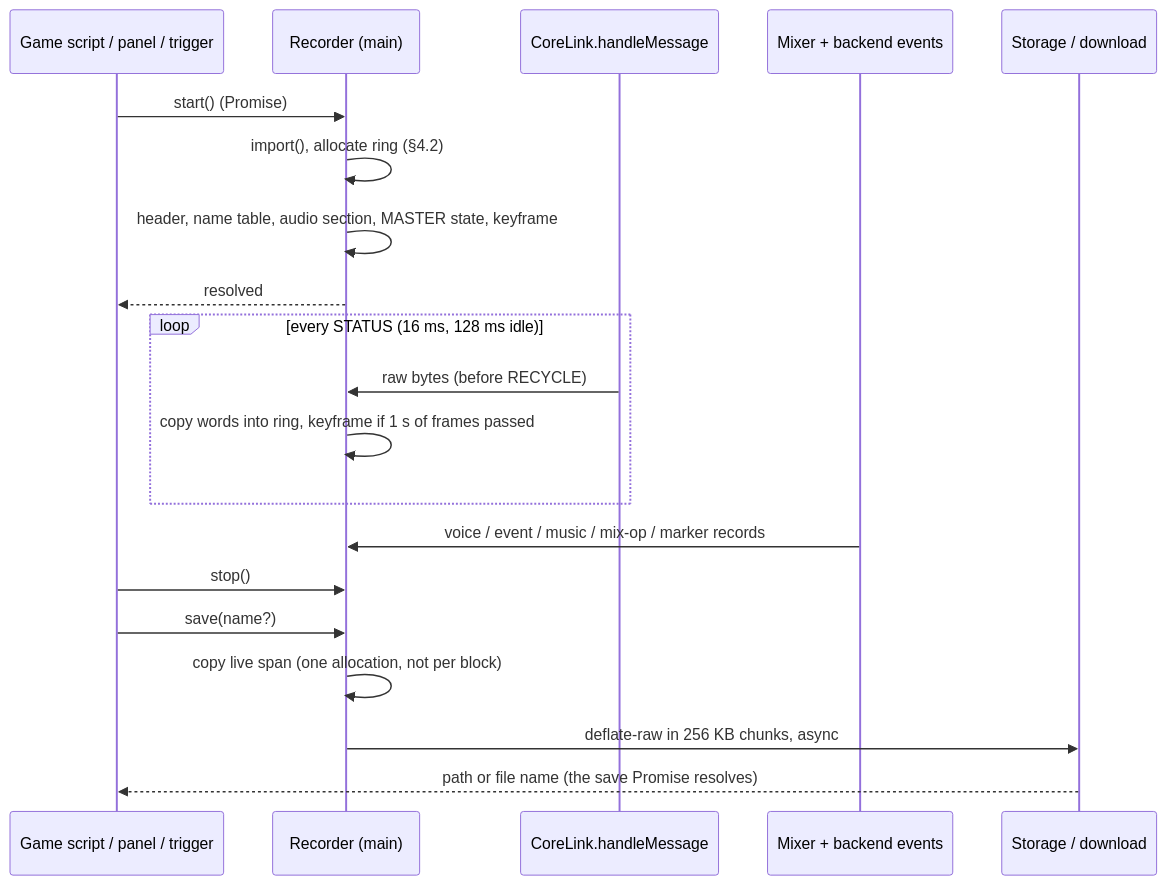
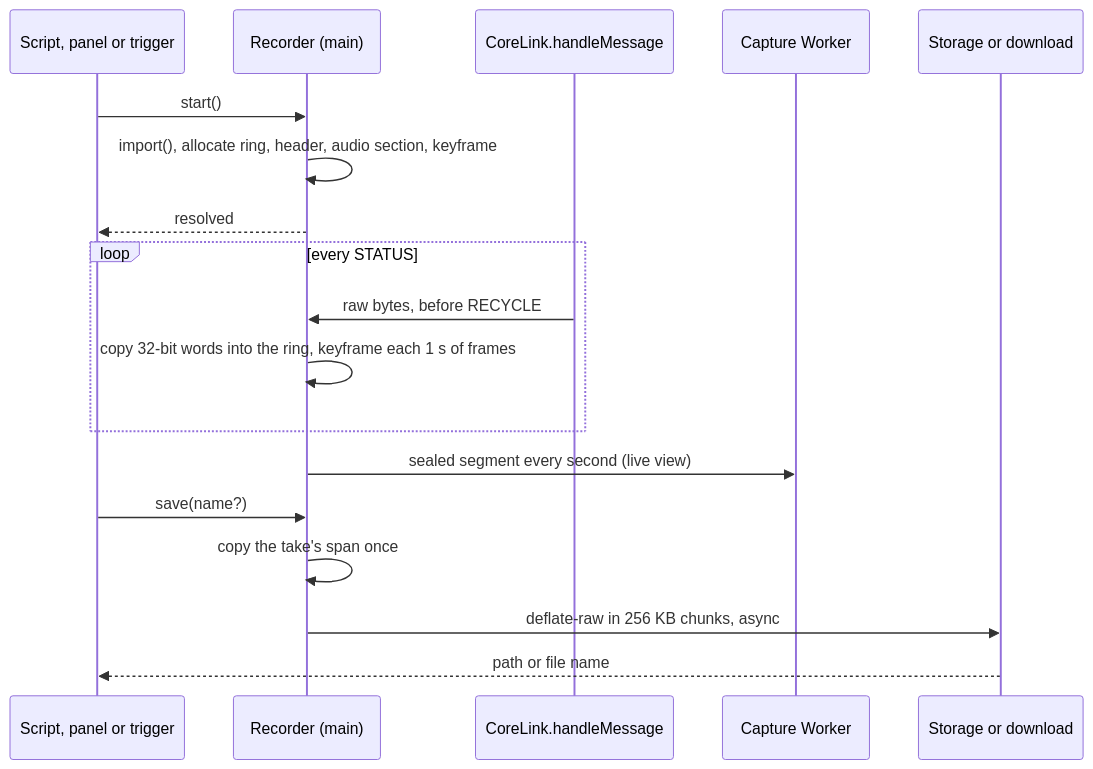
Before and after one commit to doughtnerd/TranquilityEngine: the fifth of 10 diagrams in docs/design/0171-audio-mix/architecture.md, drawn with Mermaid. The commit also changed other lines of this file and 1 other file, not shown here.

First line of the commit message:
M5 design: architecture and contracts revision 2 (rulings R1-R25, resolutions of the senior's review)

````diff
--- a/docs/design/0171-audio-mix/architecture.md
+++ b/docs/design/0171-audio-mix/architecture.md
@@ -147,22 +162,20 @@
 ```mermaid
 sequenceDiagram
-  participant G as Game script / panel / trigger
+  participant G as Script, panel or trigger
   participant R as Recorder (main)
   participant L as CoreLink.handleMessage
-  participant M as Mixer + backend events
-  participant S as Storage / download
-  G->>R: start() (Promise)
-  R->>R: import(), allocate ring (§4.2)
-  R->>R: header, name table, audio section, MASTER state, keyframe
+  participant W as Capture Worker
+  participant S as Storage or download
+  G->>R: start()
+  R->>R: import(), allocate ring, header, audio section, keyframe
   R-->>G: resolved
-  loop every STATUS (16 ms, 128 ms idle)
-    L->>R: raw bytes (before RECYCLE)
-    R->>R: copy words into ring, keyframe if 1 s of frames passed
+  loop every STATUS
+    L->>R: raw bytes, before RECYCLE
+    R->>R: copy 32-bit words into the ring, keyframe each 1 s of frames
   end
-  M->>R: voice / event / music / mix-op / marker records
-  G->>R: stop()
+  R->>W: sealed segment every second (live view)
   G->>R: save(name?)
-  R->>R: copy live span (one allocation, not per block)
+  R->>R: copy the take's span once
   R->>S: deflate-raw in 256 KB chunks, async
-  S-->>G: path or file name (the save Promise resolves)
+  S-->>G: path or file name
 ```
````
